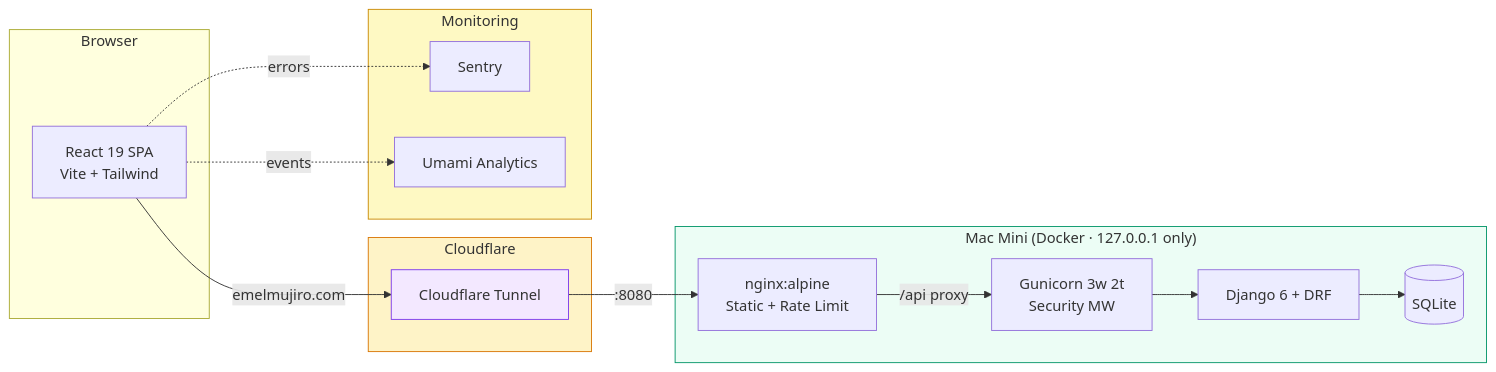
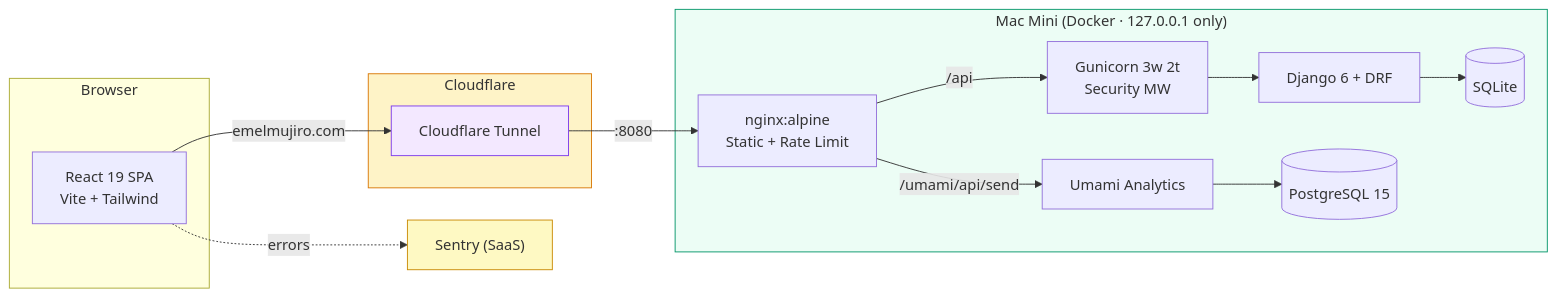
The diagram in README.md (researcherhojin/emelmujiro), drawn with Mermaid before and after one commit. The commit also changed 12 other files, not shown here.

````diff
--- a/README.md
+++ b/README.md
@@ -96,35 +96,35 @@
 ```mermaid
 graph LR
     subgraph Client["Browser"]
         React["React 19 SPA\nVite + Tailwind"]
     end
 
     subgraph CF["Cloudflare"]
         Tunnel["Cloudflare Tunnel"]
     end
 
     subgraph MacMini["Mac Mini (Docker · 127.0.0.1 only)"]
         Nginx["nginx:alpine\nStatic + Rate Limit"]
         Gunicorn["Gunicorn 3w 2t\nSecurity MW"]
         DRF["Django 6 + DRF"]
         DB[(SQLite)]
+        Umami["Umami Analytics"]
+        UmamiDB[(PostgreSQL 15)]
     end
 
-    subgraph Monitoring["Monitoring"]
-        Sentry["Sentry"]
-        Umami["Umami Analytics"]
-    end
+    Sentry["Sentry (SaaS)"]
 
     React -->|emelmujiro.com| Tunnel
     Tunnel -->|:8080| Nginx
-    Nginx -->|/api proxy| Gunicorn
+    Nginx -->|/api| Gunicorn
+    Nginx -->|/umami/api/send| Umami
     Gunicorn --> DRF
     DRF --> DB
+    Umami --> UmamiDB
     React -.->|errors| Sentry
-    React -.->|events| Umami
 
     style Tunnel fill:#F3E8FF,stroke:#7C3AED
     style MacMini fill:#ECFDF5,stroke:#059669
     style CF fill:#FEF3C7,stroke:#D97706
-    style Monitoring fill:#FEF9C3,stroke:#CA8A04
+    style Sentry fill:#FEF9C3,stroke:#CA8A04
 ```
````
